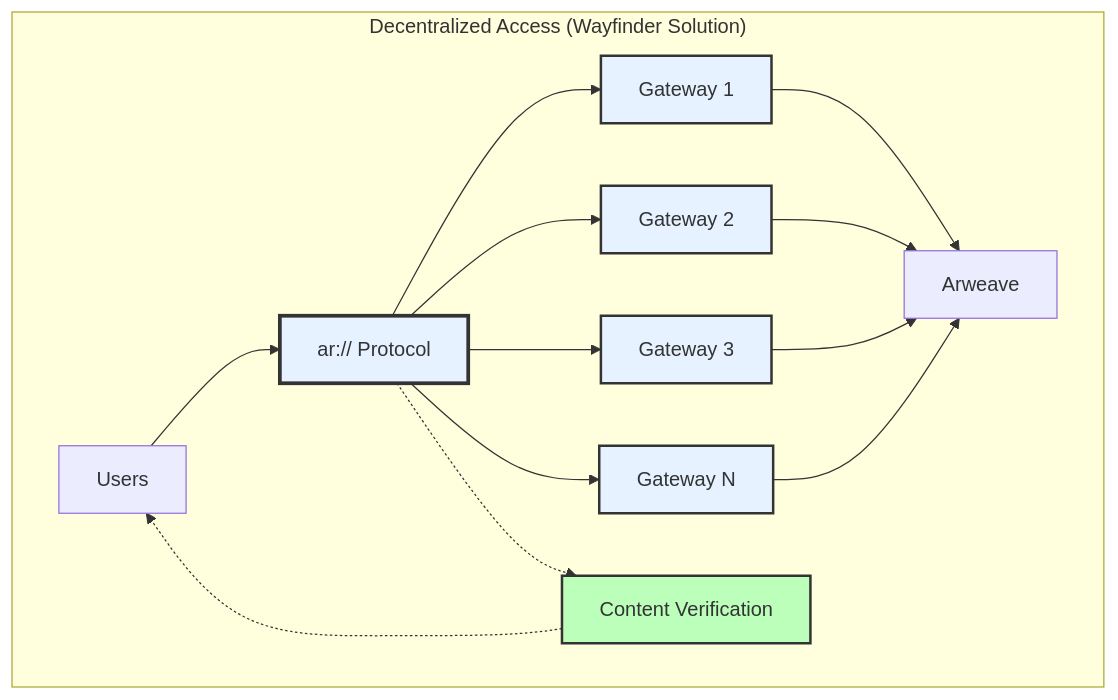
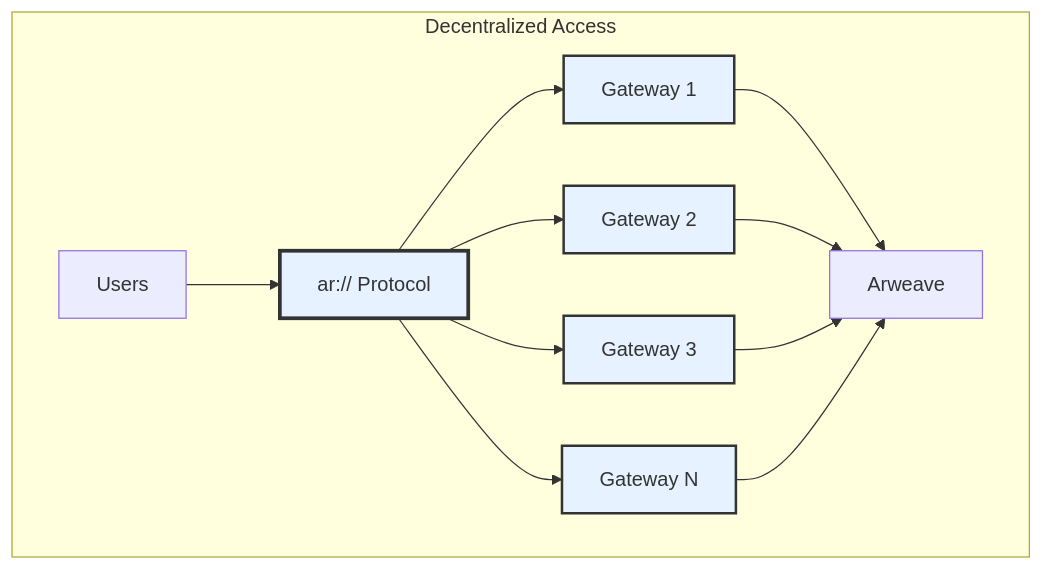
One commit to ar-io/docs changed the second of 3 diagrams in content/learn/wayfinder/index.mdx. Above: the diagram before and after it, drawn with Mermaid. The commit also changed other lines of this file, not shown here.

Commit message:
fix(wayfinder): updated wayfinder diagrams

````diff
--- a/content/learn/wayfinder/index.mdx
+++ b/content/learn/wayfinder/index.mdx
@@ -40,25 +40,21 @@
 ```mermaid
 graph TB
-    subgraph "Decentralized Access (Wayfinder Solution)"
+    subgraph "Decentralized Access"
         U2[Users] --> WF[ar:// Protocol]
         WF --> G1[Gateway 1]
         WF --> G2[Gateway 2]
         WF --> G3[Gateway 3]
         WF --> GN[Gateway N]
         
         G1 --> AR2[Arweave]
         G2 --> AR2
         G3 --> AR2
         GN --> AR2
-        
-        WF -.-> V[Content Verification]
-        V -.-> U2
     end
     
     style WF fill:#e6f2ff,stroke:#333,stroke-width:3px
-    style V fill:#bfb,stroke:#333,stroke-width:2px,color:#333
     style G1 fill:#e6f2ff,stroke:#333,stroke-width:2px,color:#333
     style G2 fill:#e6f2ff,stroke:#333,stroke-width:2px,color:#333
     style G3 fill:#e6f2ff,stroke:#333,stroke-width:2px,color:#333
     style GN fill:#e6f2ff,stroke:#333,stroke-width:2px,color:#333
 ```
````
